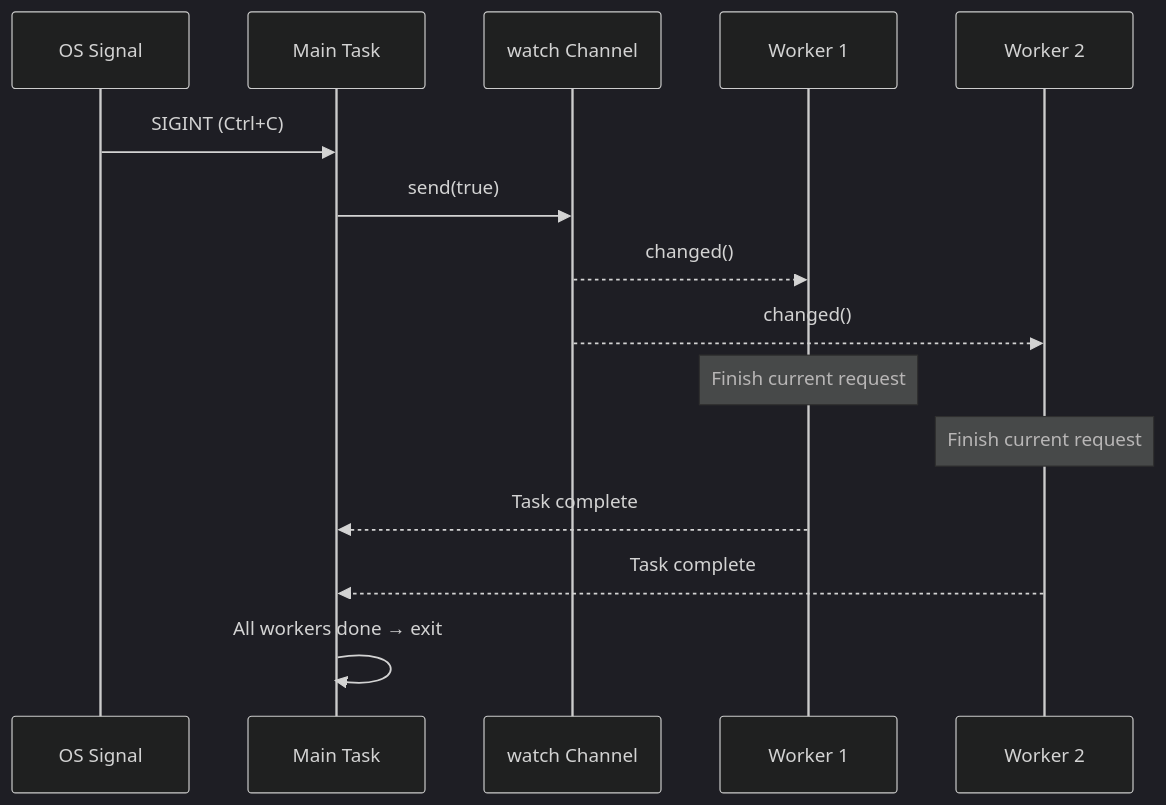
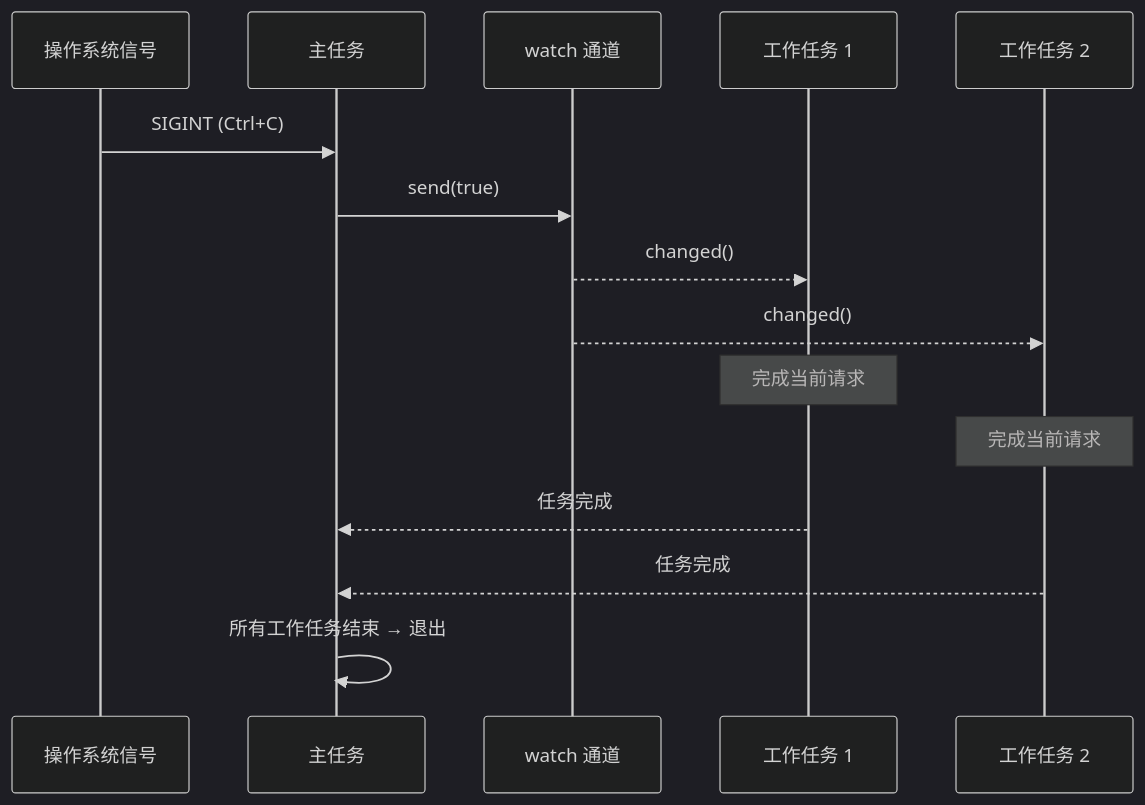
The diagram in async-book-zh/src/ch13-production-patterns.md (S-helios/RustTraining), drawn with Mermaid (dark theme) before and after one commit. The commit also changed other lines of this file and 15 other files, not shown here.

Commit message:
fix(docs): render translated diagrams and support themes

````diff
--- a/async-book-zh/src/ch13-production-patterns.md
+++ b/async-book-zh/src/ch13-production-patterns.md
@@ -85,20 +85,20 @@
 ```mermaid
 sequenceDiagram
-    participant OS as OS Signal
-    participant Main as Main Task
-    participant WCH as watch Channel
-    participant W1 as Worker 1
-    participant W2 as Worker 2
+    participant OS as 操作系统信号
+    participant Main as 主任务
+    participant WCH as watch 通道
+    participant W1 as 工作任务 1
+    participant W2 as 工作任务 2
 
     OS->>Main: SIGINT (Ctrl+C)
     Main->>WCH: send(true)
     WCH-->>W1: changed()
     WCH-->>W2: changed()
 
-    Note over W1: Finish current request
-    Note over W2: Finish current request
+    Note over W1: 完成当前请求
+    Note over W2: 完成当前请求
 
-    W1-->>Main: Task complete
-    W2-->>Main: Task complete
-    Main->>Main: All workers done → exit
+    W1-->>Main: 任务完成
+    W2-->>Main: 任务完成
+    Main->>Main: 所有工作任务结束 → 退出
 ```
````
